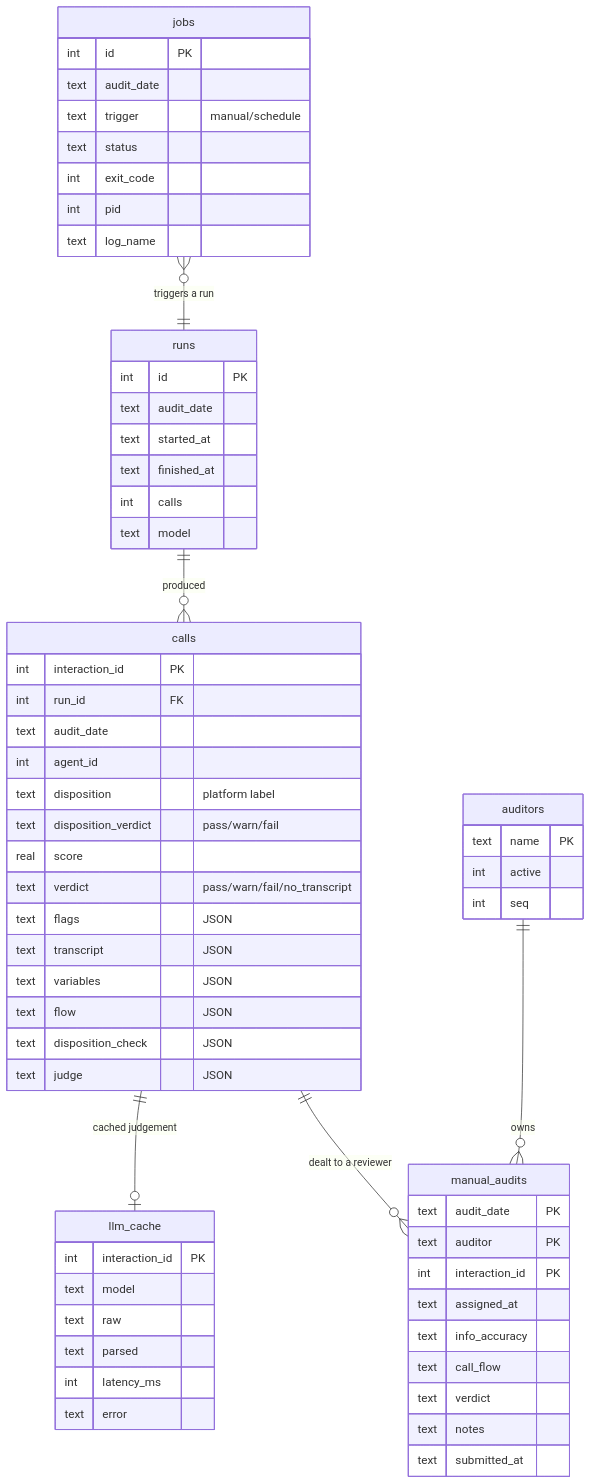
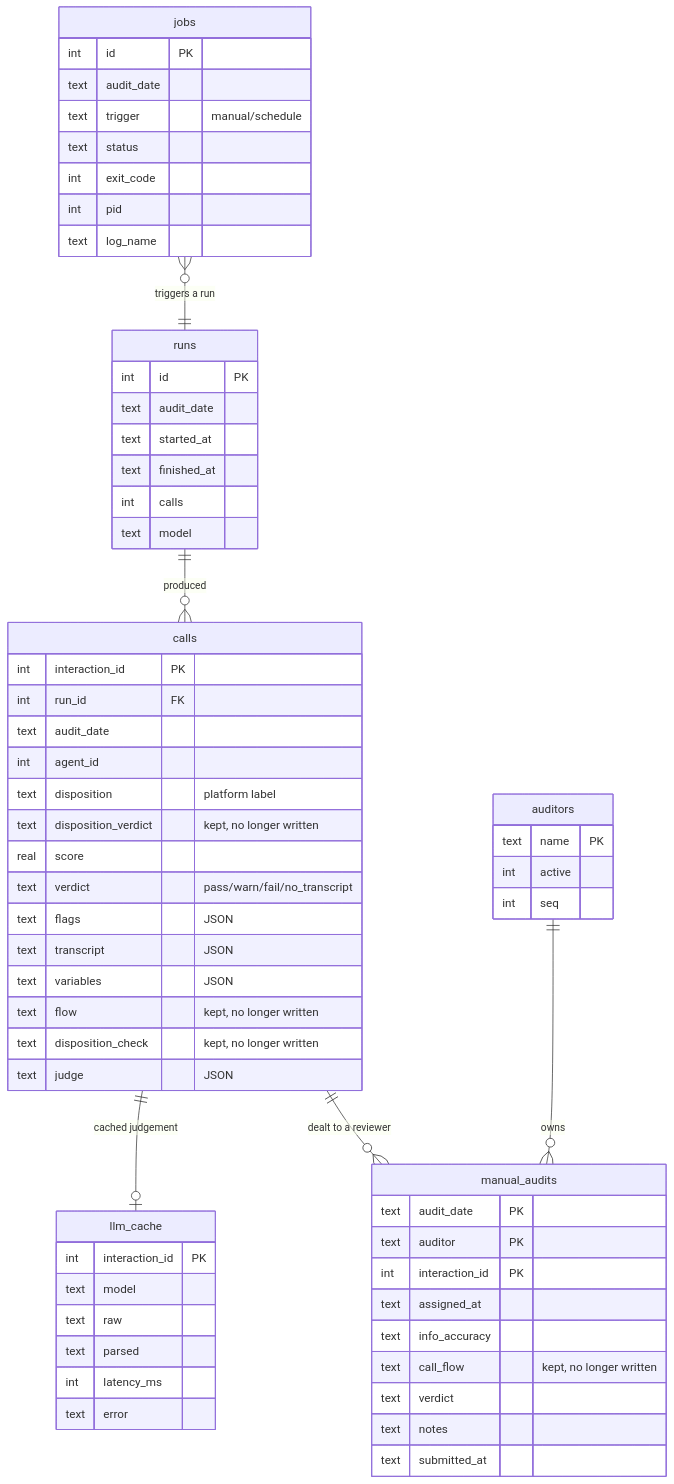
One commit to preetham-au/ai-callaudits changed the sixth of 6 diagrams in docs/architecture.md. Above: the diagram before and after it, drawn with Mermaid. The commit also changed other lines of this file and 15 other files, not shown here.

````diff
--- a/docs/architecture.md
+++ b/docs/architecture.md
@@ -550,66 +580,66 @@
 ```mermaid
 erDiagram
     runs ||--o{ calls : produced
     calls ||--o| llm_cache : "cached judgement"
     calls ||--o{ manual_audits : "dealt to a reviewer"
     auditors ||--o{ manual_audits : owns
     jobs }o--|| runs : "triggers a run"
 
     runs {
         int id PK
         text audit_date
         text started_at
         text finished_at
         int calls
         text model
     }
     calls {
         int interaction_id PK
         int run_id FK
         text audit_date
         int agent_id
         text disposition "platform label"
-        text disposition_verdict "pass/warn/fail"
+        text disposition_verdict "kept, no longer written"
         real score
         text verdict "pass/warn/fail/no_transcript"
         text flags "JSON"
         text transcript "JSON"
         text variables "JSON"
-        text flow "JSON"
-        text disposition_check "JSON"
+        text flow "kept, no longer written"
+        text disposition_check "kept, no longer written"
         text judge "JSON"
     }
     llm_cache {
         int interaction_id PK
         text model
         text raw
         text parsed
         int latency_ms
         text error
     }
     manual_audits {
         text audit_date PK
         text auditor PK
         int interaction_id PK
         text assigned_at
         text info_accuracy
-        text call_flow
+        text call_flow "kept, no longer written"
         text verdict
         text notes
         text submitted_at
     }
     auditors {
         text name PK
         int active
         int seq
     }
     jobs {
         int id PK
         text audit_date
         text trigger "manual/schedule"
         text status
         int exit_code
         int pid
         text log_name
     }
 ```
````
